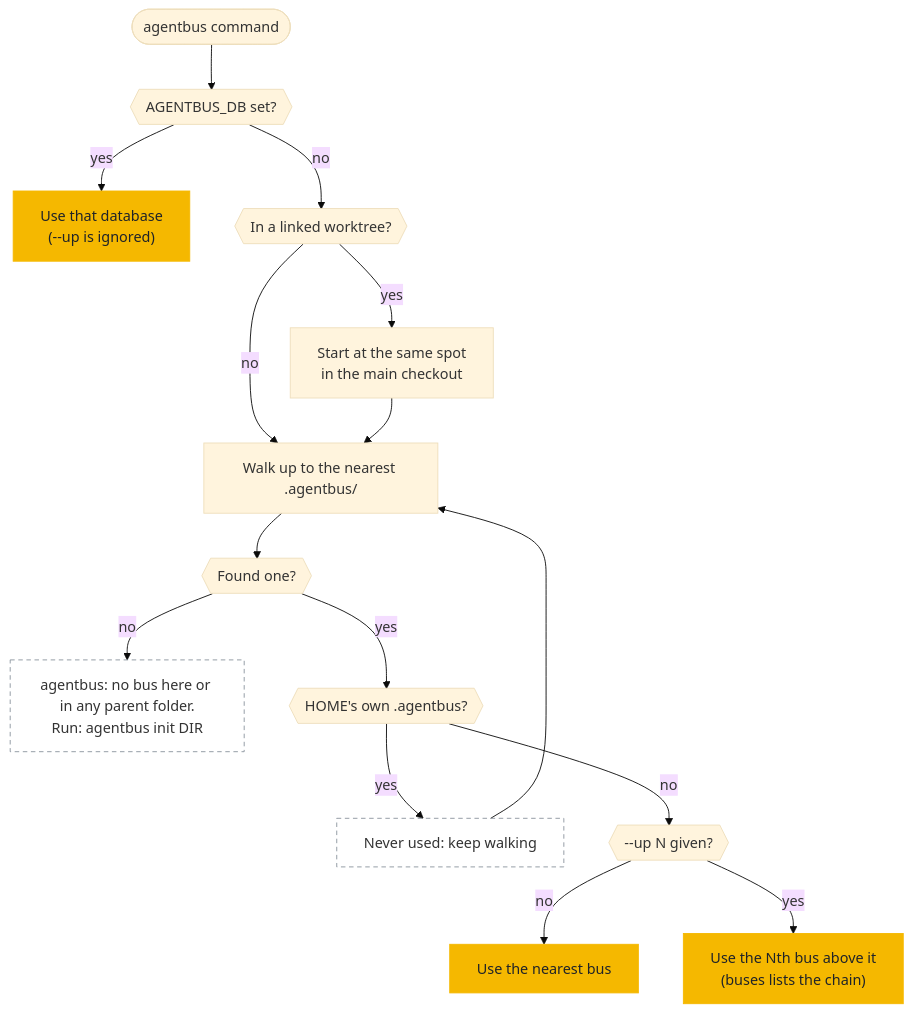
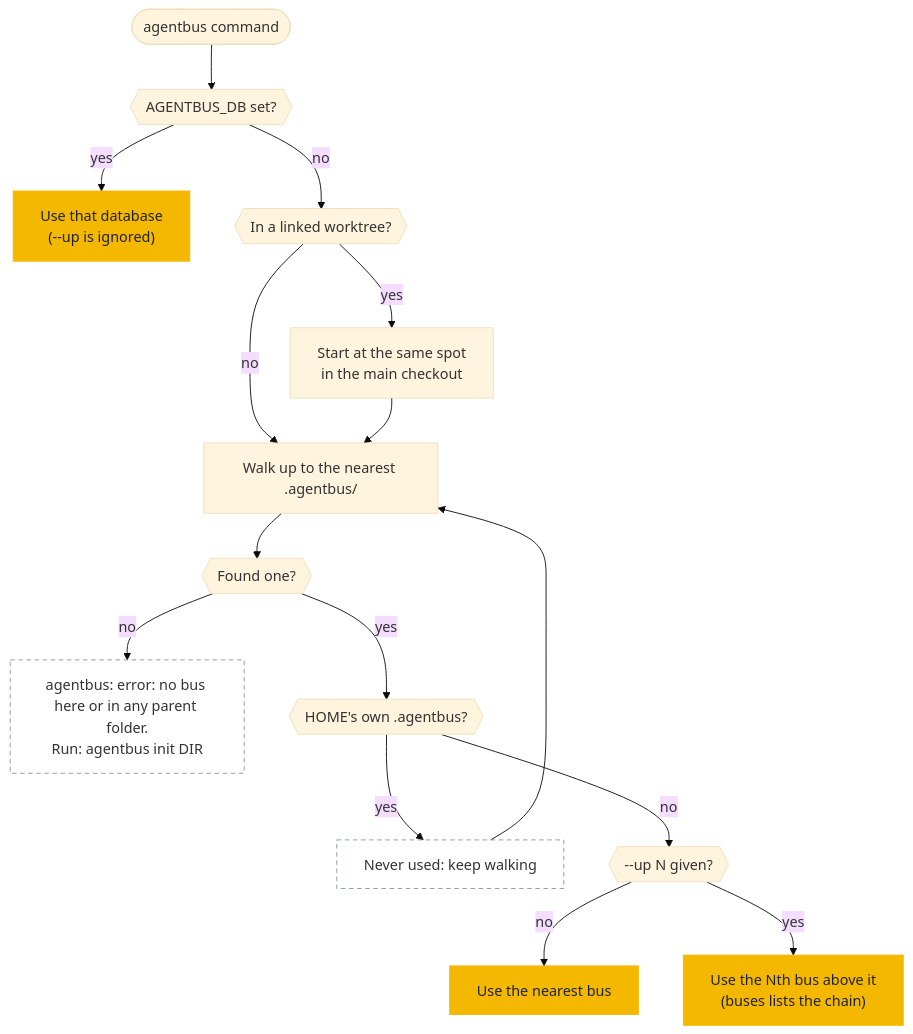
One commit to wickdninja/agentbus changed the third of 3 diagrams in docs/workflow.md. Above: the diagram before and after it, drawn with Mermaid (base theme). The commit also changed 58 other files, not shown here.

````diff
--- a/docs/workflow.md
+++ b/docs/workflow.md
@@ -90,22 +90,22 @@
 ```mermaid
 flowchart TD
     start(["agentbus command"]) --> env{{"AGENTBUS_DB set?"}}
     env -- yes --> useenv["Use that database<br/>(--up is ignored)"]
     env -- no --> wt{{"In a linked worktree?"}}
     wt -- yes --> main["Start at the same spot<br/>in the main checkout"]
     wt -- no --> walk
     main --> walk["Walk up to the nearest .agentbus/"]
     walk --> found{{"Found one?"}}
-    found -- no --> none["agentbus: no bus here or in any parent folder.<br/>Run: agentbus init DIR"]
+    found -- no --> none["agentbus: error: no bus here or in any parent folder.<br/>Run: agentbus init DIR"]
     found -- yes --> home{{"HOME's own .agentbus?"}}
     home -- yes --> skip["Never used: keep walking"]
     skip --> walk
     home -- no --> up{{"--up N given?"}}
     up -- no --> nearest["Use the nearest bus"]
     up -- yes --> outer["Use the Nth bus above it<br/>(buses lists the chain)"]
 
     classDef ok fill:#F5B800,stroke:#F5B800,color:#1f2328;
     classDef bad fill:transparent,stroke:#8b949e,stroke-dasharray: 5 4;
     class useenv,nearest,outer ok;
     class none,skip bad;
 ```
````
